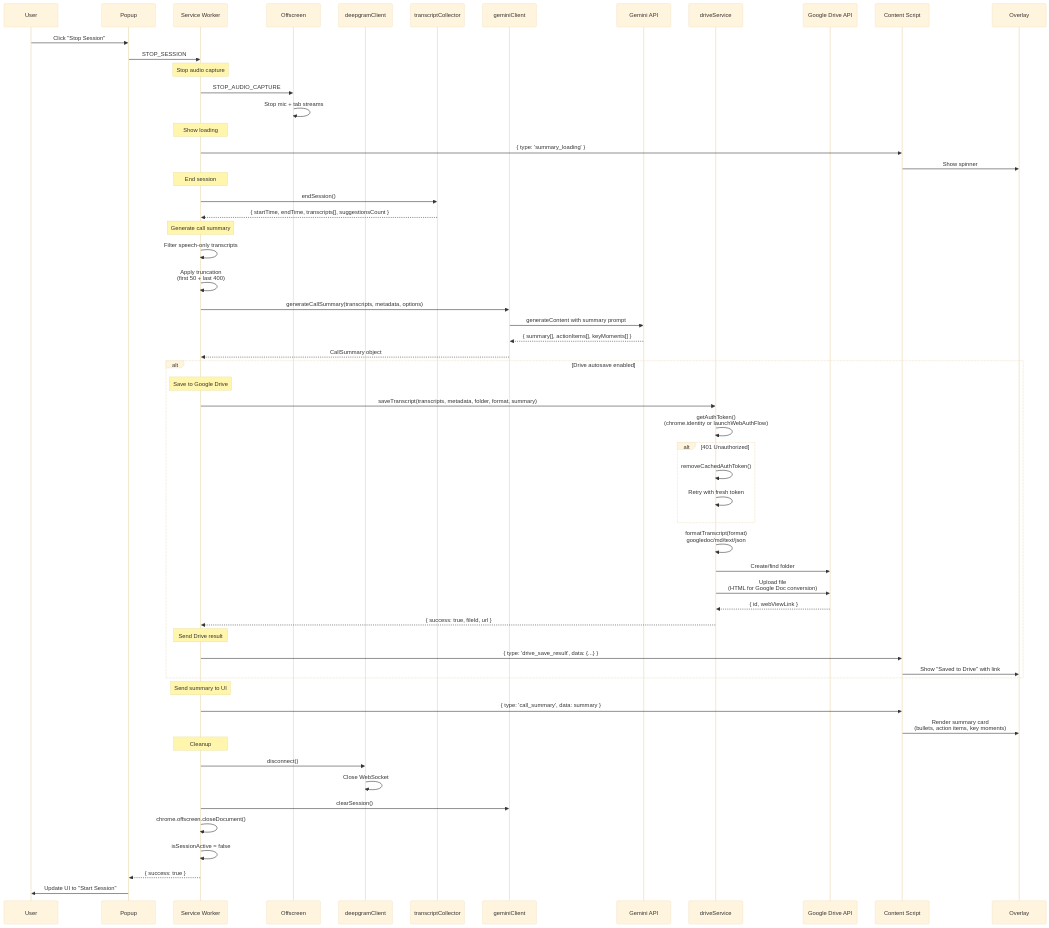
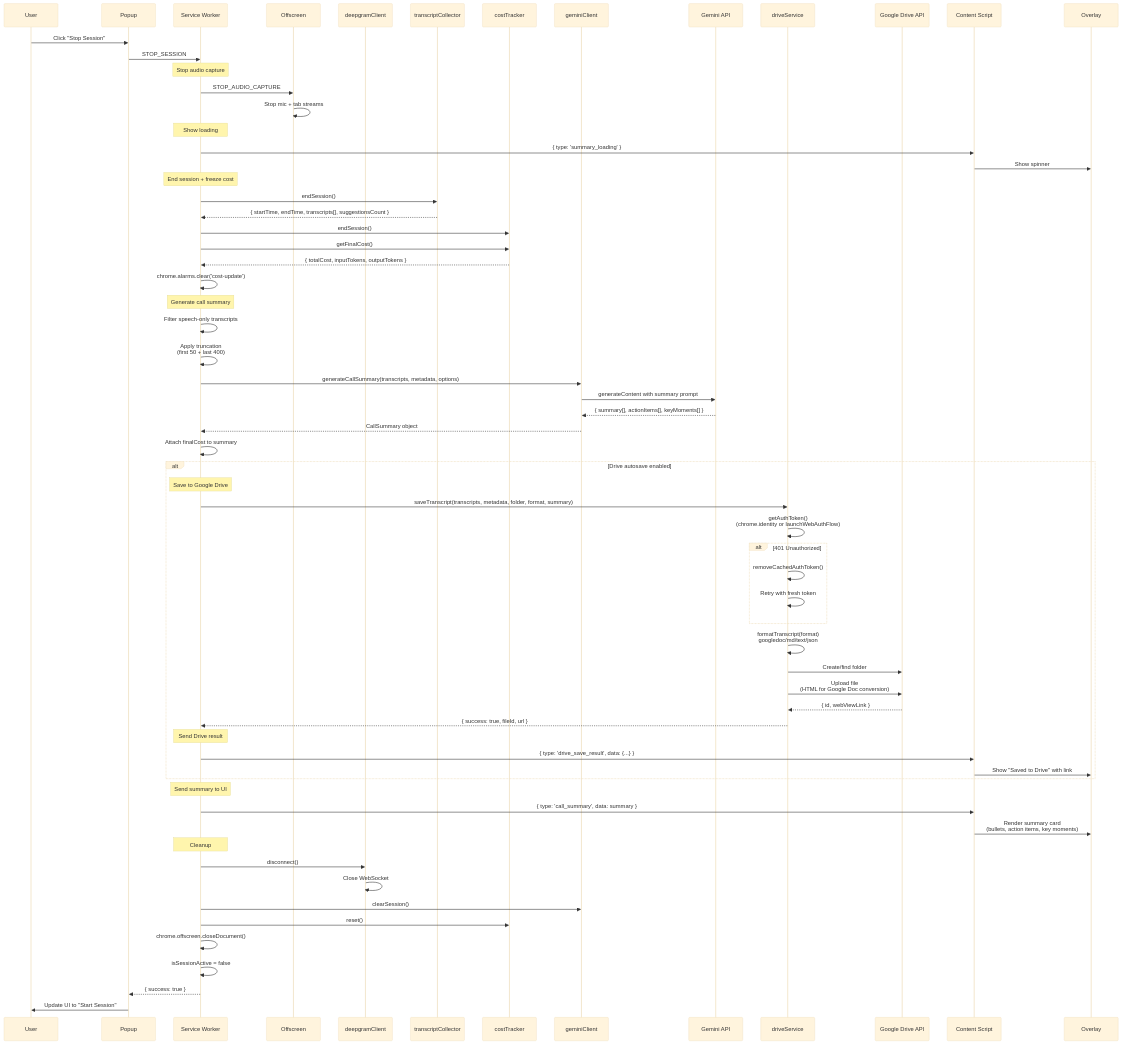
The third of 9 diagrams in docs/diagrams/SEQUENCES.md (AntoineDubuc/wingman-ai), drawn with Mermaid before and after one commit. The commit also changed other lines of this file and 10 other files, not shown here.

````diff
--- a/docs/diagrams/SEQUENCES.md
+++ b/docs/diagrams/SEQUENCES.md
@@ -138,75 +154,82 @@
 ```mermaid
 %%{init: {'theme':'base'}}%%
 sequenceDiagram
     participant User
     participant Popup
     participant SW as Service Worker
     participant Offscreen
     participant Deepgram as deepgramClient
     participant Collector as transcriptCollector
+    participant CostTracker as costTracker
     participant Gemini as geminiClient
     participant GeminiAPI as Gemini API
     participant Drive as driveService
     participant DriveAPI as Google Drive API
     participant Content as Content Script
     participant Overlay
 
     User->>Popup: Click "Stop Session"
     Popup->>SW: STOP_SESSION
 
     Note over SW: Stop audio capture
     SW->>Offscreen: STOP_AUDIO_CAPTURE
     Offscreen->>Offscreen: Stop mic + tab streams
 
     Note over SW: Show loading
     SW->>Content: { type: 'summary_loading' }
     Content->>Overlay: Show spinner
 
-    Note over SW: End session
+    Note over SW: End session + freeze cost
     SW->>Collector: endSession()
     Collector-->>SW: { startTime, endTime, transcripts[], suggestionsCount }
+    SW->>CostTracker: endSession()
+    SW->>CostTracker: getFinalCost()
+    CostTracker-->>SW: { totalCost, inputTokens, outputTokens }
+    SW->>SW: chrome.alarms.clear('cost-update')
 
     Note over SW: Generate call summary
     SW->>SW: Filter speech-only transcripts
     SW->>SW: Apply truncation<br/>(first 50 + last 400)
     SW->>Gemini: generateCallSummary(transcripts, metadata, options)
     Gemini->>GeminiAPI: generateContent with summary prompt
     GeminiAPI-->>Gemini: { summary[], actionItems[], keyMoments[] }
     Gemini-->>SW: CallSummary object
+    SW->>SW: Attach finalCost to summary
 
     alt Drive autosave enabled
         Note over SW: Save to Google Drive
         SW->>Drive: saveTranscript(transcripts, metadata, folder, format, summary)
 
         Drive->>Drive: getAuthToken()<br/>(chrome.identity or launchWebAuthFlow)
 
         alt 401 Unauthorized
             Drive->>Drive: removeCachedAuthToken()
             Drive->>Drive: Retry with fresh token
         end
 
         Drive->>Drive: formatTranscript(format)<br/>googledoc/md/text/json
         Drive->>DriveAPI: Create/find folder
         Drive->>DriveAPI: Upload file<br/>(HTML for Google Doc conversion)
         DriveAPI-->>Drive: { id, webViewLink }
         Drive-->>SW: { success: true, fileId, url }
 
         Note over SW: Send Drive result
         SW->>Content: { type: 'drive_save_result', data: {...} }
         Content->>Overlay: Show "Saved to Drive" with link
     end
 
     Note over SW: Send summary to UI
     SW->>Content: { type: 'call_summary', data: summary }
     Content->>Overlay: Render summary card<br/>(bullets, action items, key moments)
 
     Note over SW: Cleanup
     SW->>Deepgram: disconnect()
     Deepgram->>Deepgram: Close WebSocket
     SW->>Gemini: clearSession()
+    SW->>CostTracker: reset()
     SW->>SW: chrome.offscreen.closeDocument()
     SW->>SW: isSessionActive = false
 
     SW-->>Popup: { success: true }
     Popup->>User: Update UI to "Start Session"
 ```
````
